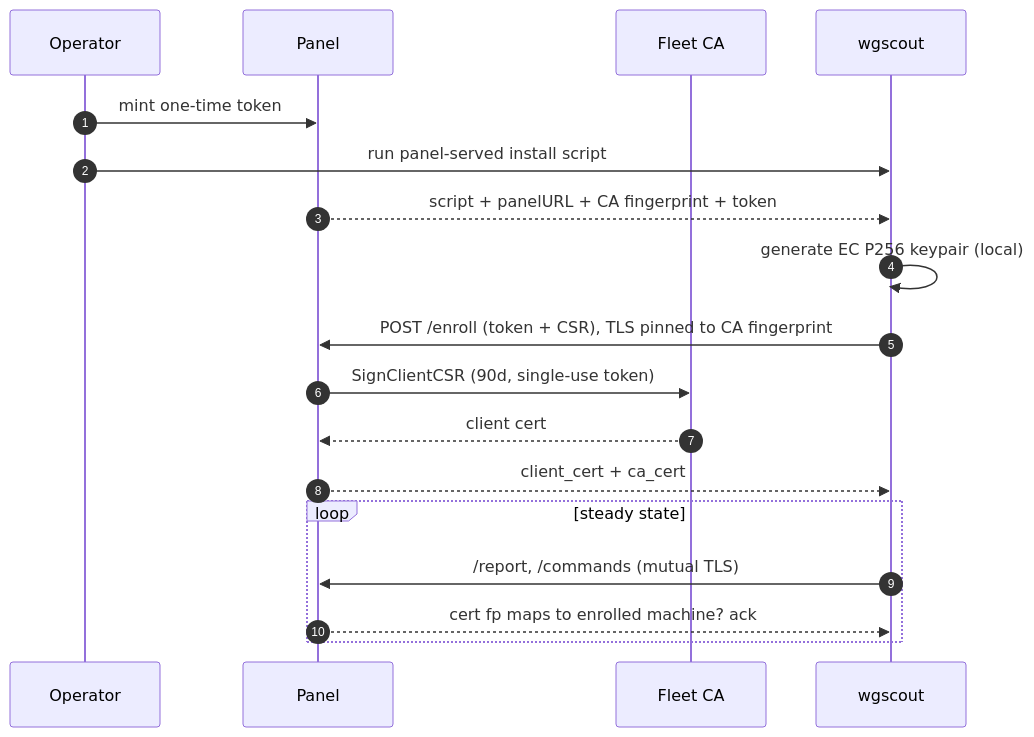
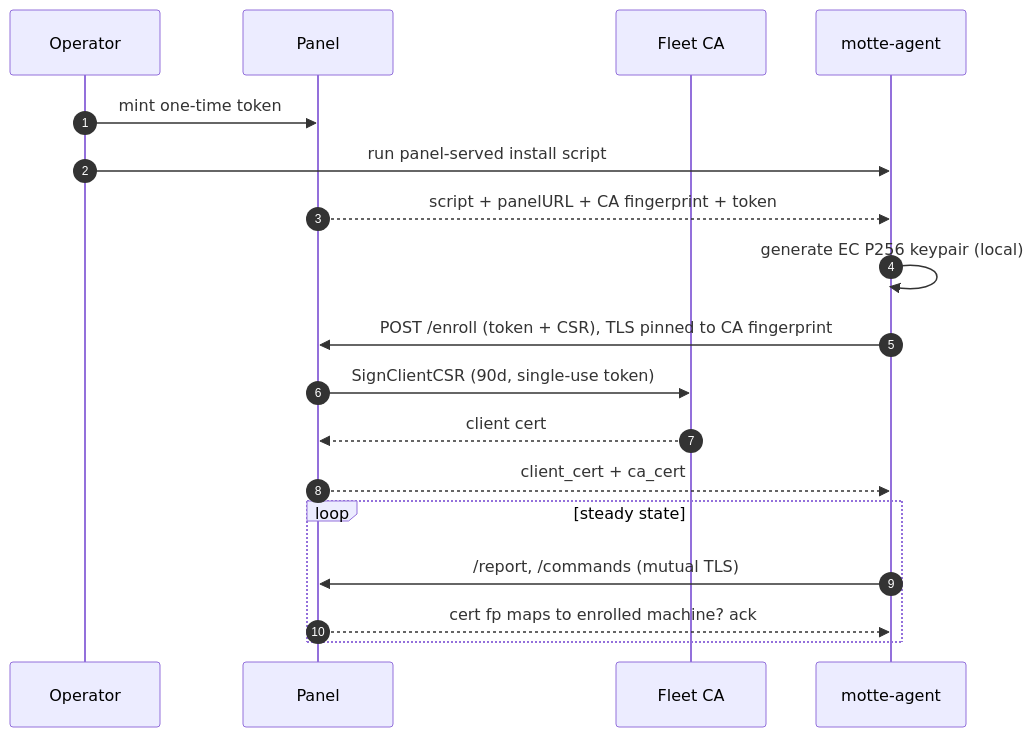
One commit to packalyst/motte changed the second of 6 diagrams in README.md. Above: the diagram before and after it, drawn with Mermaid. The commit also changed other lines of this file and 12 other files, not shown here.

Commit message:
refactor(fleet)!: rename the agent to motte-agent

````diff
--- a/README.md
+++ b/README.md
@@ -190,20 +190,20 @@
 ```mermaid
 sequenceDiagram
     autonumber
     participant Op as Operator
     participant Panel as Panel
     participant CA as Fleet CA
-    participant Agent as wgscout
+    participant Agent as motte-agent
     Op->>Panel: mint one-time token
     Op->>Agent: run panel-served install script
     Panel-->>Agent: script + panelURL + CA fingerprint + token
     Agent->>Agent: generate EC P256 keypair (local)
     Agent->>Panel: POST /enroll (token + CSR), TLS pinned to CA fingerprint
     Panel->>CA: SignClientCSR (90d, single-use token)
     CA-->>Panel: client cert
     Panel-->>Agent: client_cert + ca_cert
     loop steady state
         Agent->>Panel: /report, /commands (mutual TLS)
         Panel-->>Agent: cert fp maps to enrolled machine? ack
     end
 ```
````
